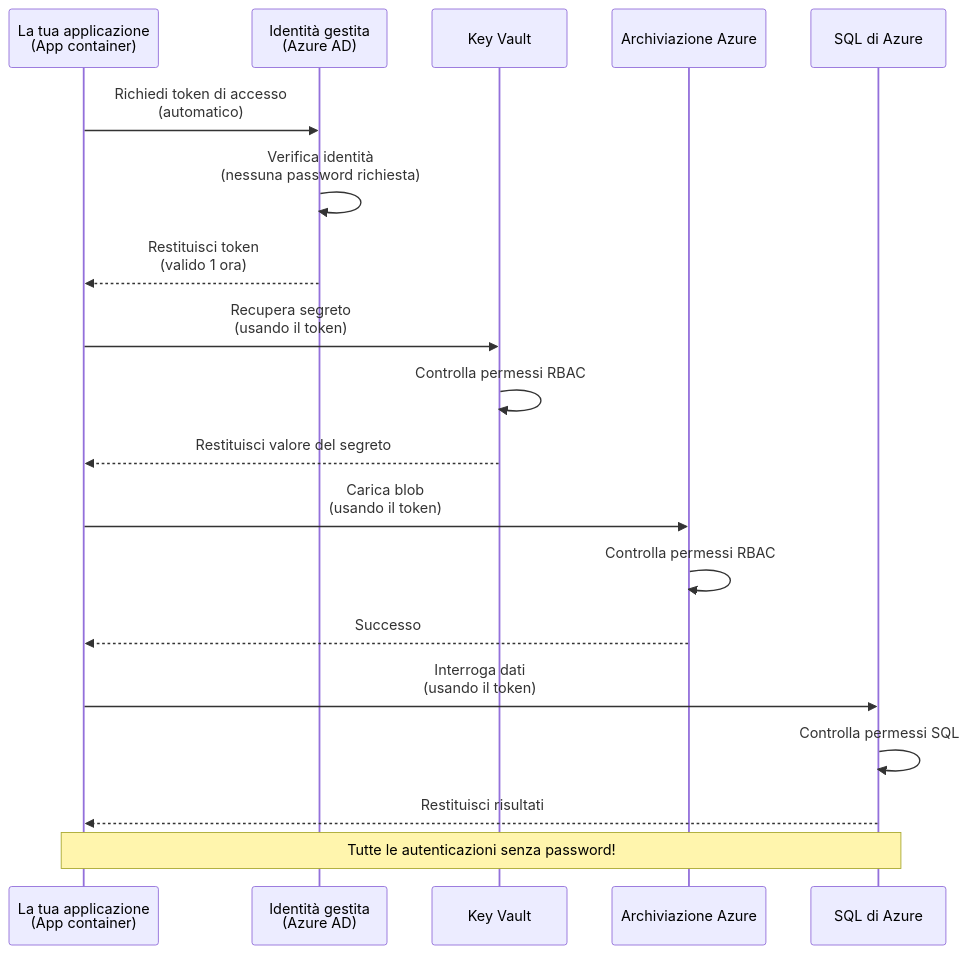
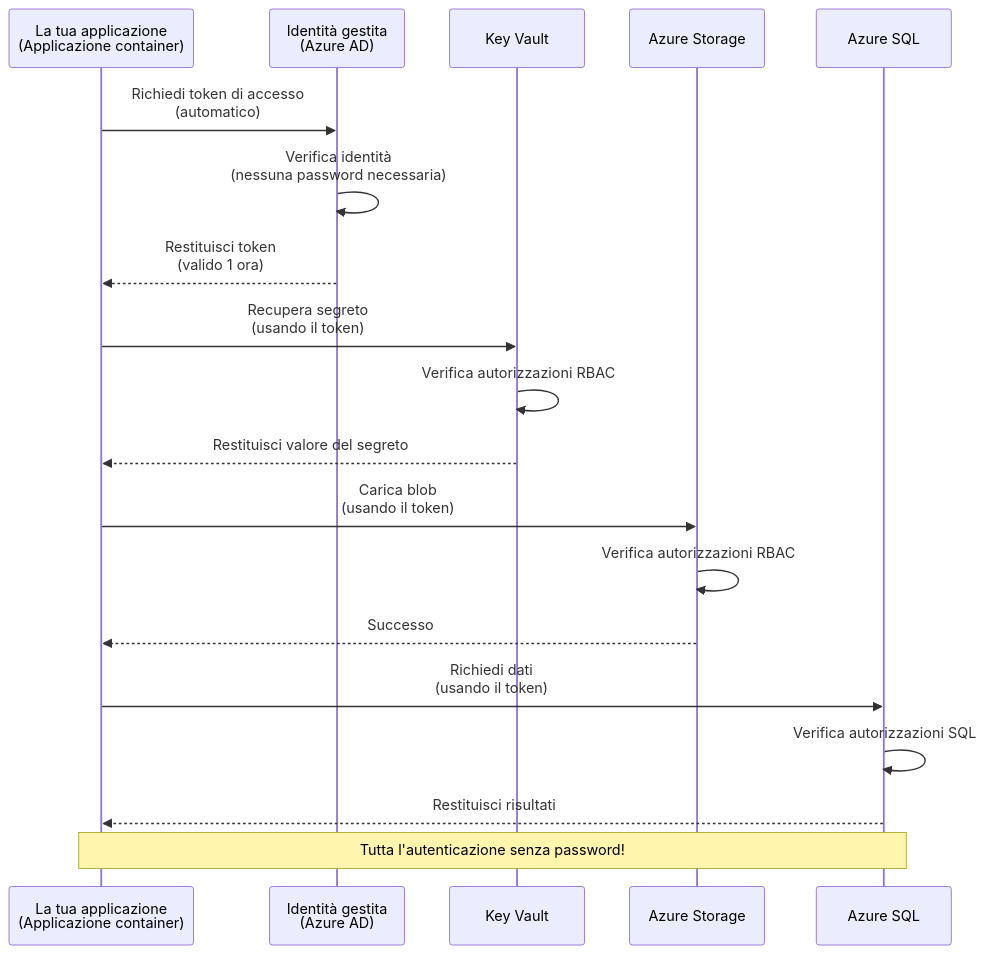
One commit to microsoft/AZD-for-beginners changed the first of 2 diagrams in translations/it/docs/chapter-03-configuration/authsecurity.md. Above: the diagram before and after it, drawn with Mermaid. The commit also changed other lines of this file and 101 other files, not shown here.

````diff
--- a/translations/it/docs/chapter-03-configuration/authsecurity.md
+++ b/translations/it/docs/chapter-03-configuration/authsecurity.md
@@ -69,26 +69,26 @@
 ```mermaid
 sequenceDiagram
-    participant App as La tua applicazione<br/>(App container)
+    participant App as La tua applicazione<br/>(Applicazione container)
     participant MI as Identità gestita<br/>(Azure AD)
     participant KV as Key Vault
-    participant Storage as Archiviazione Azure
-    participant DB as SQL di Azure
+    participant Storage as Azure Storage
+    participant DB as Azure SQL
     
     App->>MI: Richiedi token di accesso<br/>(automatico)
-    MI->>MI: Verifica identità<br/>(nessuna password richiesta)
+    MI->>MI: Verifica identità<br/>(nessuna password necessaria)
     MI-->>App: Restituisci token<br/>(valido 1 ora)
     
     App->>KV: Recupera segreto<br/>(usando il token)
-    KV->>KV: Controlla permessi RBAC
+    KV->>KV: Verifica autorizzazioni RBAC
     KV-->>App: Restituisci valore del segreto
     
     App->>Storage: Carica blob<br/>(usando il token)
-    Storage->>Storage: Controlla permessi RBAC
+    Storage->>Storage: Verifica autorizzazioni RBAC
     Storage-->>App: Successo
     
-    App->>DB: Interroga dati<br/>(usando il token)
-    DB->>DB: Controlla permessi SQL
+    App->>DB: Richiedi dati<br/>(usando il token)
+    DB->>DB: Verifica autorizzazioni SQL
     DB-->>App: Restituisci risultati
     
-    Note over App,DB: Tutte le autenticazioni senza password!
+    Note over App,DB: Tutta l'autenticazione senza password!
 ```
````
